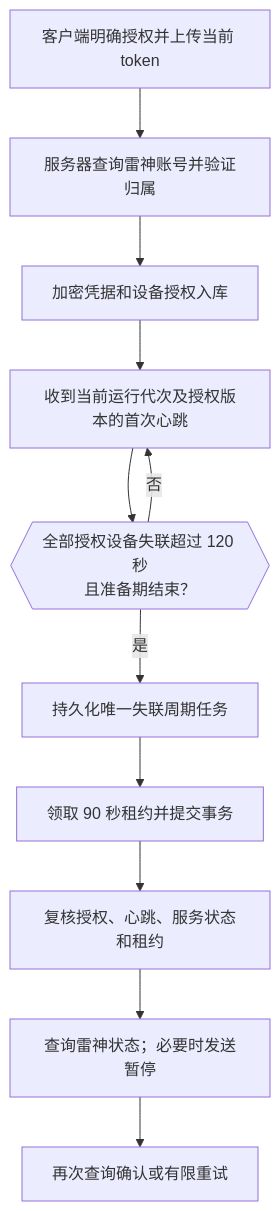
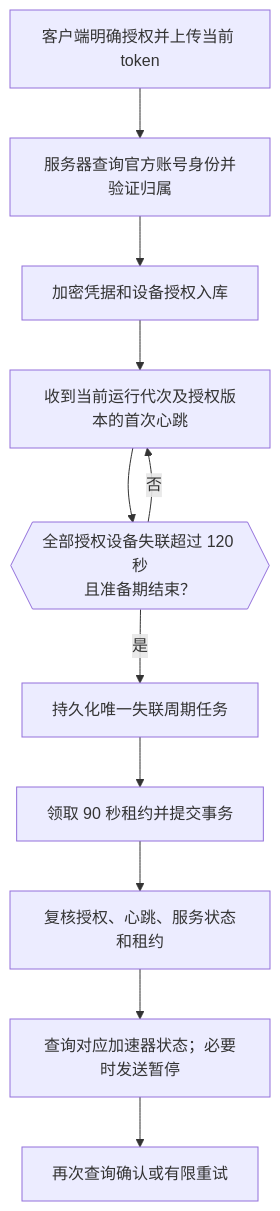
The diagram in docs/REMOTE_PROTECTION.md (CMMUU/leigod-guard), drawn with Mermaid before and after one commit. The commit also changed other lines of this file and 18 other files, not shown here.

````diff
--- a/docs/REMOTE_PROTECTION.md
+++ b/docs/REMOTE_PROTECTION.md
@@ -9,13 +9,13 @@
 ```mermaid
 flowchart TD
-    A["客户端明确授权并上传当前 token"] --> B["服务器查询雷神账号并验证归属"]
+    A["客户端明确授权并上传当前 token"] --> B["服务器查询官方账号身份并验证归属"]
     B --> C["加密凭据和设备授权入库"]
     C --> D["收到当前运行代次及授权版本的首次心跳"]
     D --> E{{"全部授权设备失联超过 120 秒<br/>且准备期结束？"}}
     E -->|"否"| D
     E -->|"是"| F["持久化唯一失联周期任务"]
     F --> G["领取 90 秒租约并提交事务"]
     G --> H["复核授权、心跳、服务状态和租约"]
-    H --> I["查询雷神状态；必要时发送暂停"]
+    H --> I["查询对应加速器状态；必要时发送暂停"]
     I --> J["再次查询确认或有限重试"]
 ```
````
